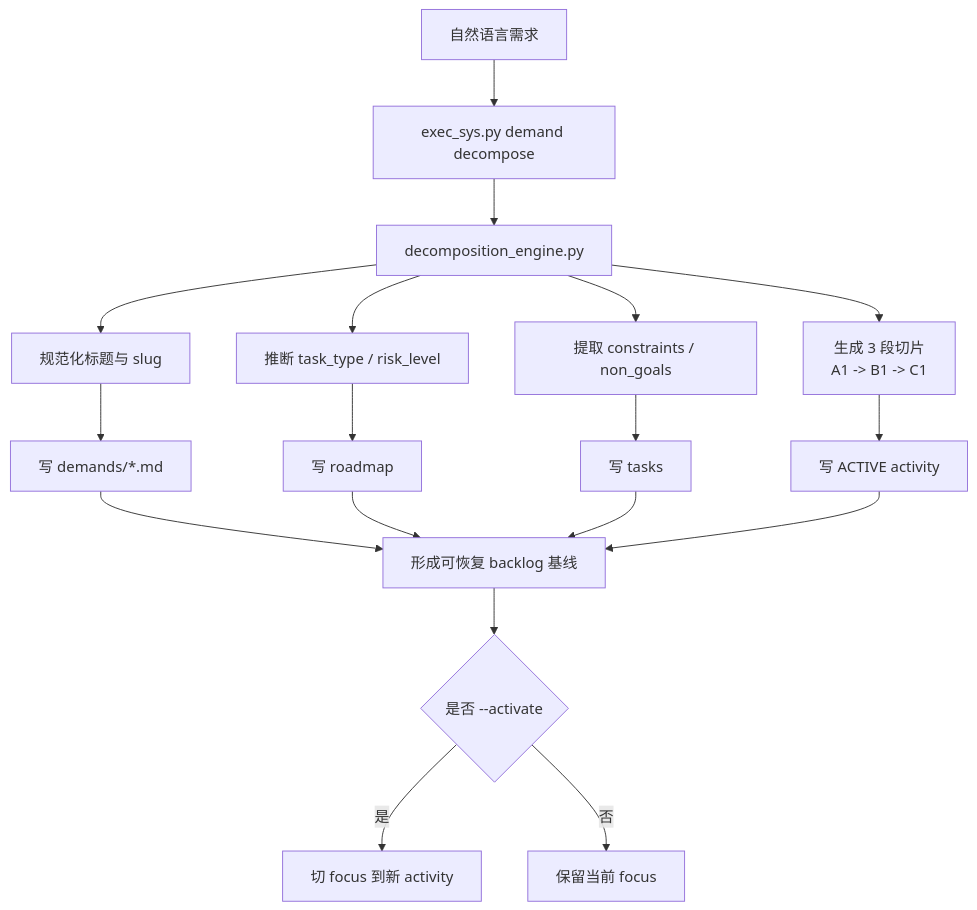
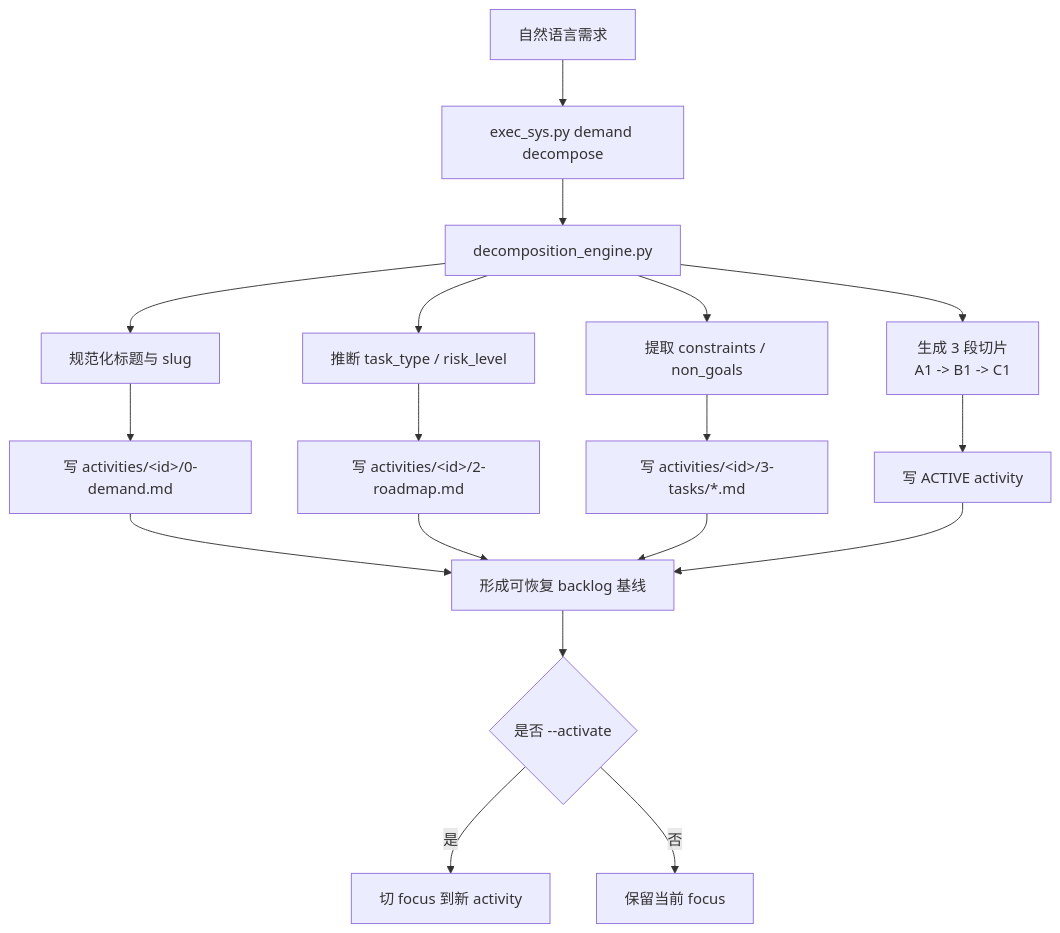
The second of 3 diagrams in plugins/six-layer-execution-system/docs/code-wiki/executive-flow-views.md (sperictao/six-layer-execution-system), drawn with Mermaid before and after one commit. The commit also changed other lines of this file and 116 other files, not shown here.

````diff
--- a/plugins/six-layer-execution-system/docs/code-wiki/executive-flow-views.md
+++ b/plugins/six-layer-execution-system/docs/code-wiki/executive-flow-views.md
@@ -41,24 +41,24 @@
 ```mermaid
 flowchart TD
     N["自然语言需求"] --> C0["exec_sys.py demand decompose"]
     C0 --> C1["decomposition_engine.py"]
 
     C1 --> S1["规范化标题与 slug"]
     C1 --> S2["推断 task_type / risk_level"]
     C1 --> S3["提取 constraints / non_goals"]
     C1 --> S4["生成 3 段切片<br/>A1 -> B1 -> C1"]
 
-    S1 --> W1["写 demands/*.md"]
-    S2 --> W2["写 roadmap"]
-    S3 --> W3["写 tasks"]
+    S1 --> W1["写 activities/&lt;id&gt;/0-demand.md"]
+    S2 --> W2["写 activities/&lt;id&gt;/2-roadmap.md"]
+    S3 --> W3["写 activities/&lt;id&gt;/3-tasks/*.md"]
     S4 --> W4["写 ACTIVE activity"]
 
     W1 --> B["形成可恢复 backlog 基线"]
     W2 --> B
     W3 --> B
     W4 --> B
 
     B --> A{"是否 --activate"}
     A -->|是| AF["切 focus 到新 activity"]
     A -->|否| NF["保留当前 focus"]
 ```
````
